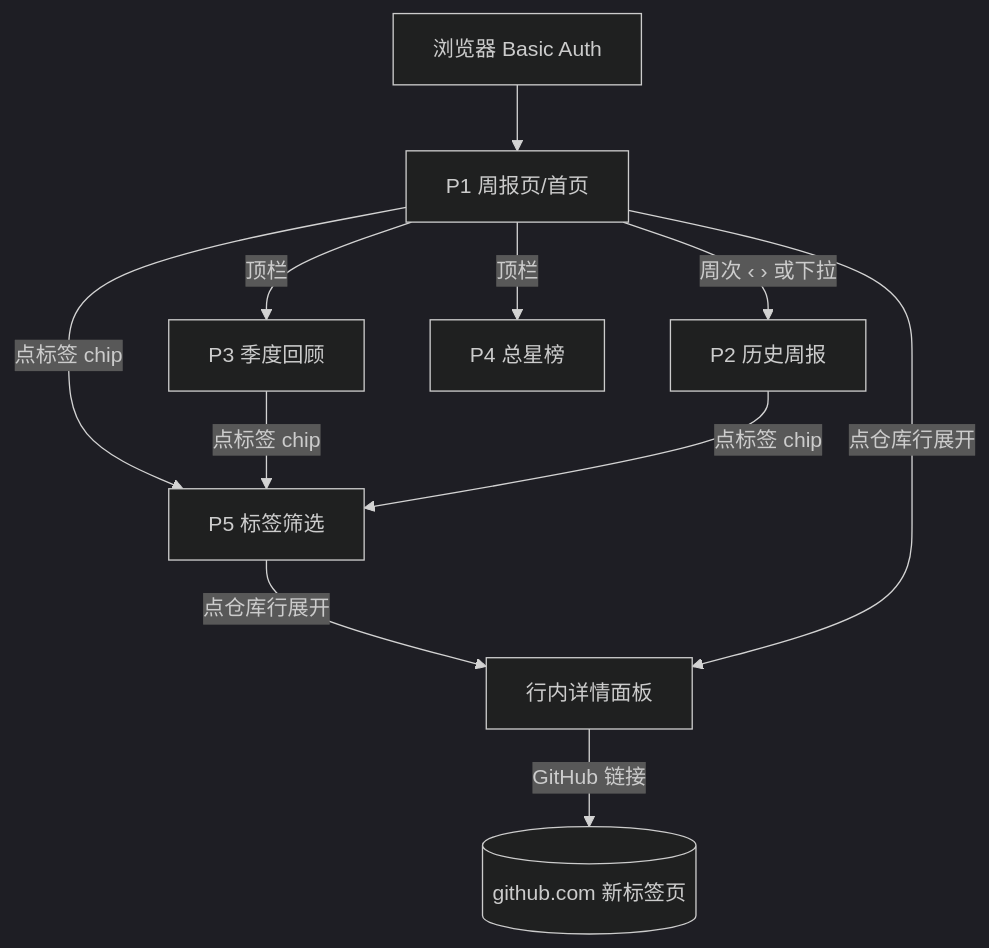
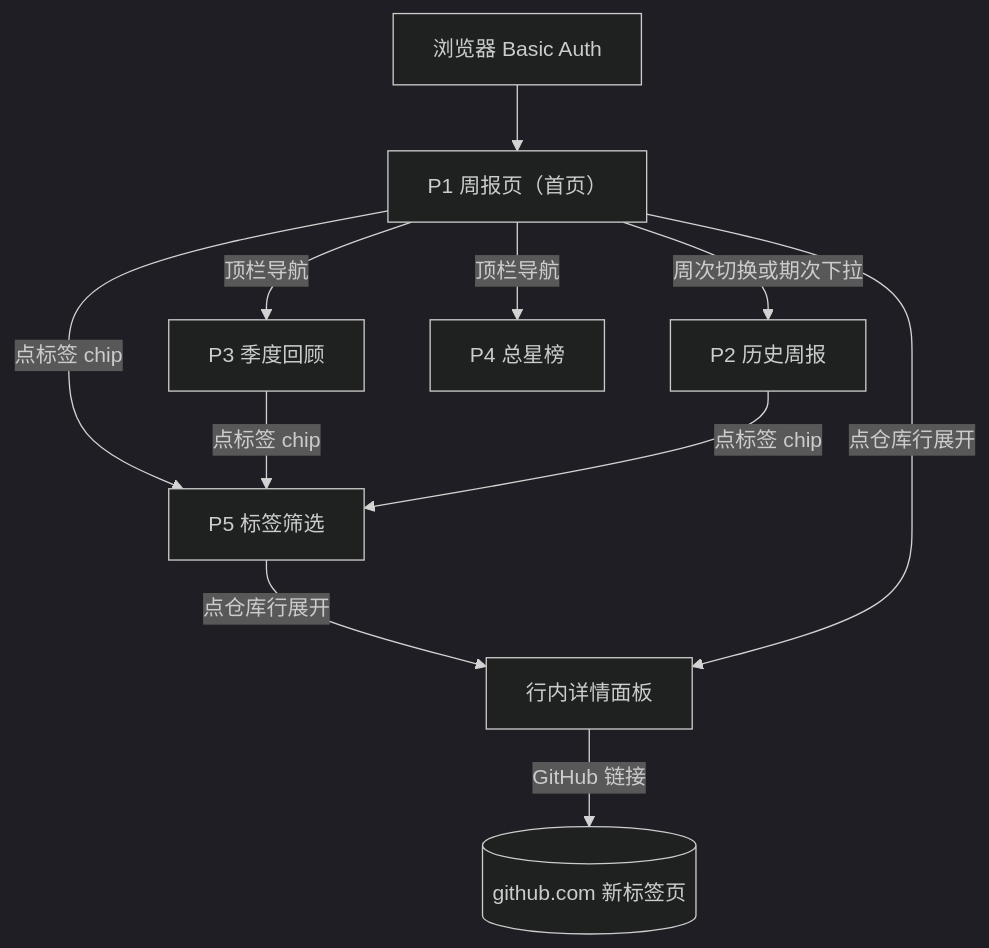
One commit to WENZIZZHENG/radar-github changed the first of 2 diagrams in docs/sop/交互流程说明.md. Above: the diagram before and after it, drawn with Mermaid (dark theme). The commit also changed other lines of this file, not shown here.

Commit message:
fix(docs): 修正交互流程说明两处 mermaid 语法——全引号标签+ASCII 状态ID，已经 mermaid.ink 真实渲染验证

````diff
--- a/docs/sop/交互流程说明.md
+++ b/docs/sop/交互流程说明.md
@@ -26,13 +26,13 @@
 ```mermaid
 flowchart TD
-  AUTH[浏览器 Basic Auth] --> HOME[P1 周报页/首页]
-  HOME -->|周次 ‹ › 或下拉| W[P2 历史周报]
-  HOME -->|顶栏| Q[P3 季度回顾]
-  HOME -->|顶栏| T[P4 总星榜]
-  HOME -->|点标签 chip| TAG[P5 标签筛选]
+  AUTH["浏览器 Basic Auth"] --> HOME["P1 周报页（首页）"]
+  HOME -->|周次切换或期次下拉| W["P2 历史周报"]
+  HOME -->|顶栏导航| Q["P3 季度回顾"]
+  HOME -->|顶栏导航| T["P4 总星榜"]
+  HOME -->|点标签 chip| TAG["P5 标签筛选"]
   Q -->|点标签 chip| TAG
   W -->|点标签 chip| TAG
-  TAG -->|点仓库行展开| DETAIL[行内详情面板]
+  TAG -->|点仓库行展开| DETAIL["行内详情面板"]
   HOME -->|点仓库行展开| DETAIL
-  DETAIL -->|GitHub 链接| GH[(github.com 新标签页)]
+  DETAIL -->|GitHub 链接| GH[("github.com 新标签页")]
 ```
````
